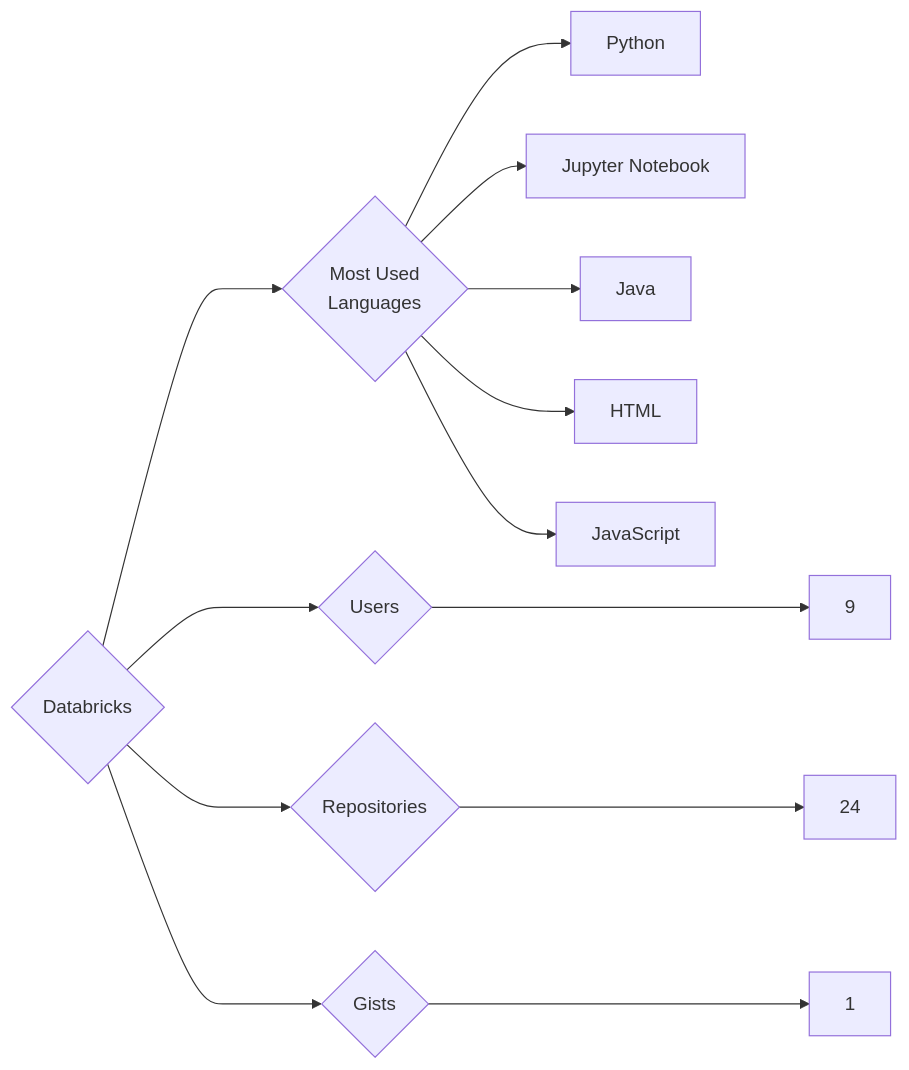
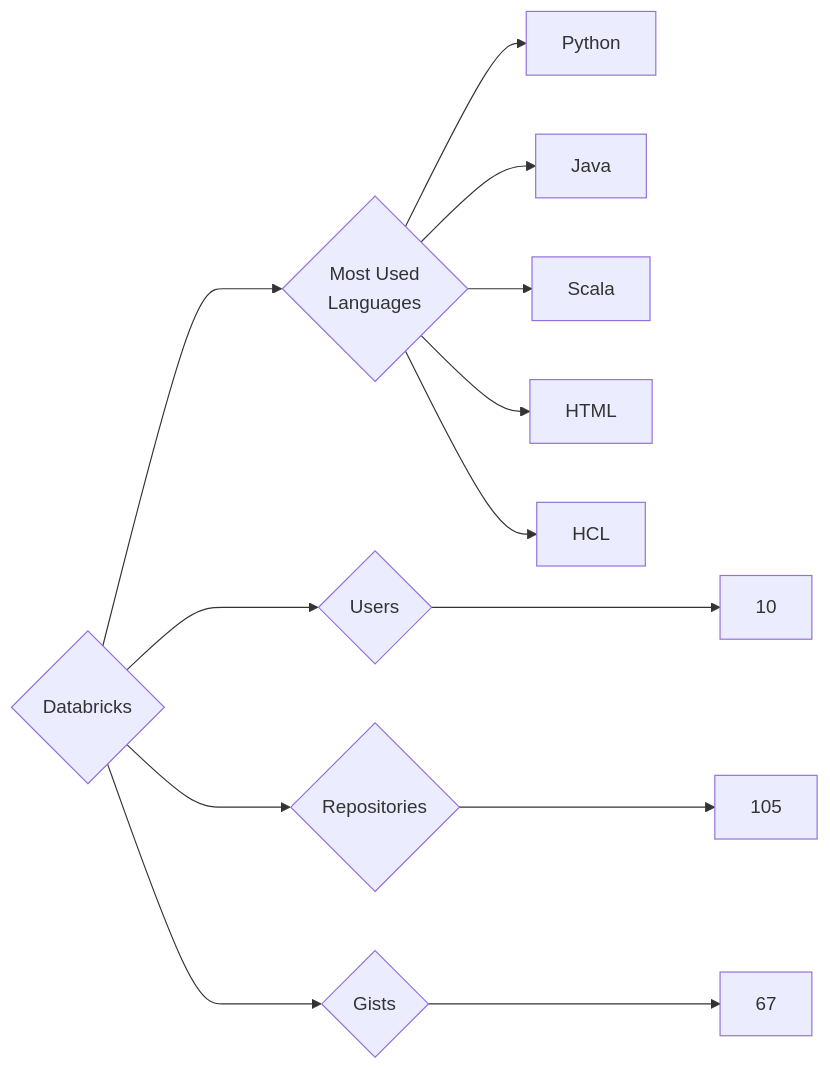
The diagram in targets/Databricks/README.md (trickest/insiders), drawn with Mermaid before and after one commit. The commit also changed 611 other files, not shown here.

````diff
--- a/targets/Databricks/README.md
+++ b/targets/Databricks/README.md
@@ -3,13 +3,13 @@
 ```mermaid
 graph LR
 COMPANY_NAME{Databricks}
-COMPANY_NAME ---> U{Users} ---> UN[9]
-COMPANY_NAME ---> R{Repositories} ---> RN[24]
-COMPANY_NAME ---> G{Gists} ---> GN[1]
+COMPANY_NAME ---> U{Users} ---> UN[10]
+COMPANY_NAME ---> R{Repositories} ---> RN[105]
+COMPANY_NAME ---> G{Gists} ---> GN[67]
 COMPANY_NAME ---> ML{Most Used<br>Languages}
 ML --> Python[Python]
-ML --> Jupyter_Notebook[Jupyter Notebook]
 ML --> Java[Java]
+ML --> Scala[Scala]
 ML --> HTML[HTML]
-ML --> JavaScript[JavaScript]
+ML --> HCL[HCL]
 ```
````
